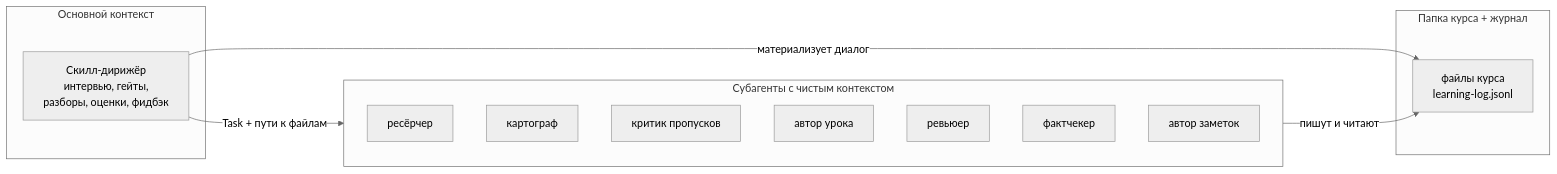
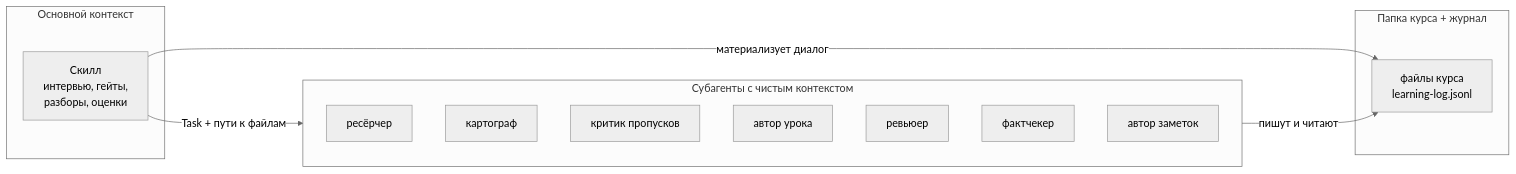
The second of 5 diagrams in README.md (cryptoyoginya/learneverything), drawn with Mermaid before and after one commit. The commit also changed other lines of this file, not shown here.

````diff
--- a/README.md
+++ b/README.md
@@ -52,22 +66,22 @@
 ```mermaid
 %%{init: {'theme':'neutral'}}%%
 graph LR
     subgraph Диалог["Основной контекст"]
-        S["Скилл-дирижёр<br/>интервью, гейты,<br/>разборы, оценки, фидбэк"]
+        S["Скилл<br/>интервью, гейты,<br/>разборы, оценки"]
     end
     subgraph Работа["Субагенты с чистым контекстом"]
         R["ресёрчер"]
         M["картограф"]
         CC["критик пропусков"]
         W["автор урока"]
         REV["ревьюер"]
         FC["фактчекер"]
         N["автор заметок"]
     end
     subgraph Память["Папка курса + журнал"]
         V["файлы курса<br/>learning-log.jsonl"]
     end
     S -->|"Task + пути к файлам"| Работа
     Работа -->|"пишут и читают"| V
     S -->|"материализует диалог"| V
 ```
````
